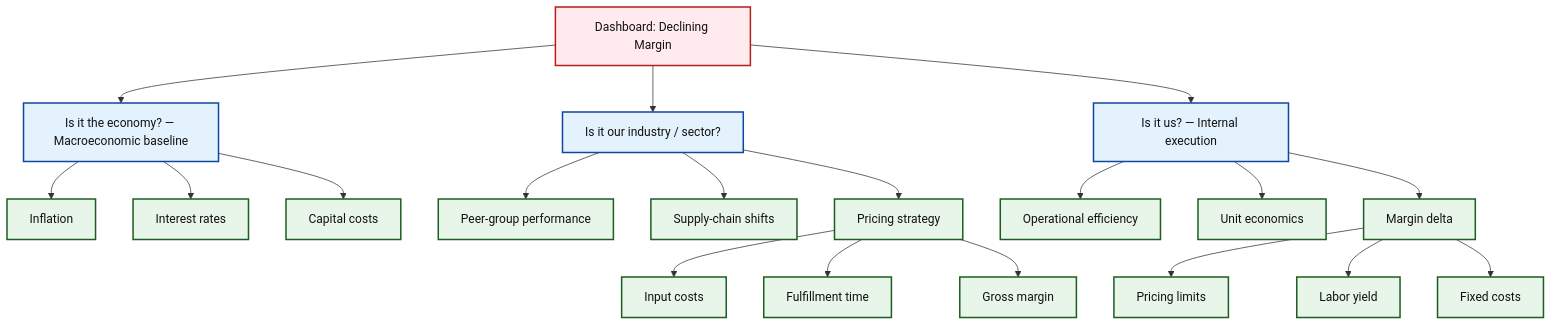
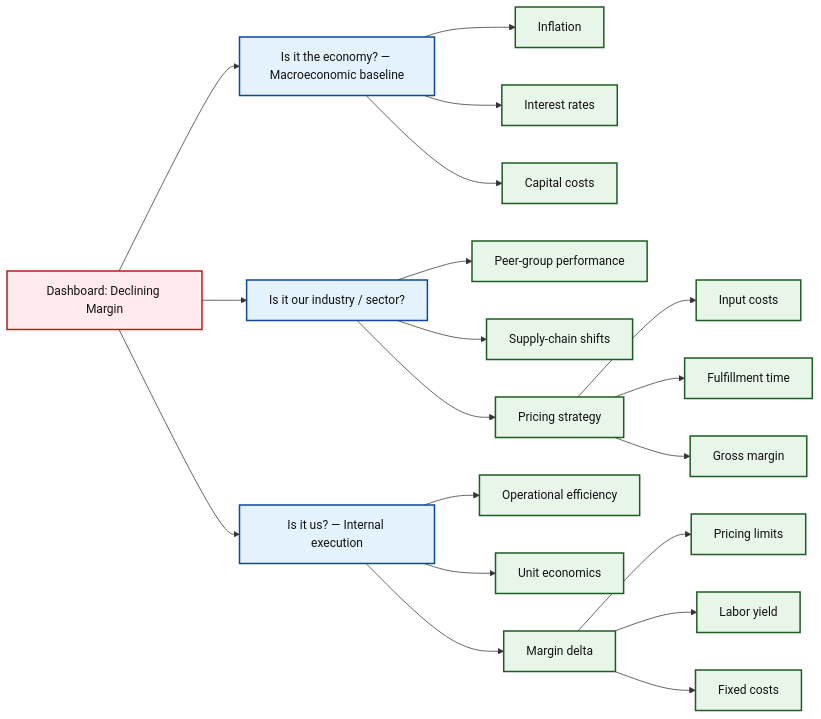
Before and after one commit to scanback/docs: the second of 2 diagrams in work-notes/product-governance-charts-ch.md, drawn with Mermaid.

Commit message:
Update flowchart direction in product governance notes
Changed flowchart direction from TB to LR in governance charts.

```diff
--- a/work-notes/product-governance-charts-ch.md
+++ b/work-notes/product-governance-charts-ch.md
@@ -41,38 +41,38 @@
 <div class="mermaid">
     
-flowchart TB
+flowchart LR
     A["Dashboard: Declining Margin"]
     B["Is it the economy? — Macroeconomic baseline"]
     C["Is it our industry / sector?"]
     D["Is it us? — Internal execution"]
 
     A --> B
     A --> C
     A --> D
 
     B --> B1["Inflation"]
     B --> B2["Interest rates"]
     B --> B3["Capital costs"]
 
     C --> C1["Peer-group performance"]
     C --> C2["Supply-chain shifts"]
     C --> C3["Pricing strategy"]
     C3 --> C4["Input costs"]
     C3 --> C5["Fulfillment time"]
     C3 --> C6["Gross margin"]
 
     D --> D1["Operational efficiency"]
     D --> D2["Unit economics"]
     D --> D3["Margin delta"]
     D3 --> D4["Pricing limits"]
     D3 --> D5["Labor yield"]
     D3 --> D6["Fixed costs"]
 
     classDef blue fill:#E3F2FD,stroke:#0D47A1,stroke-width:2px,color:#111;
     classDef green fill:#E8F5E9,stroke:#1B5E20,stroke-width:2px,color:#111;
     classDef red fill:#FFEBEE,stroke:#B71C1C,stroke-width:2px,color:#111;
     class A red;
     class B,C,D blue;
     class B1,B2,B3,C1,C2,C3,C4,C5,C6,D1,D2,D3,D4,D5,D6 green;
 
 </div>
```
